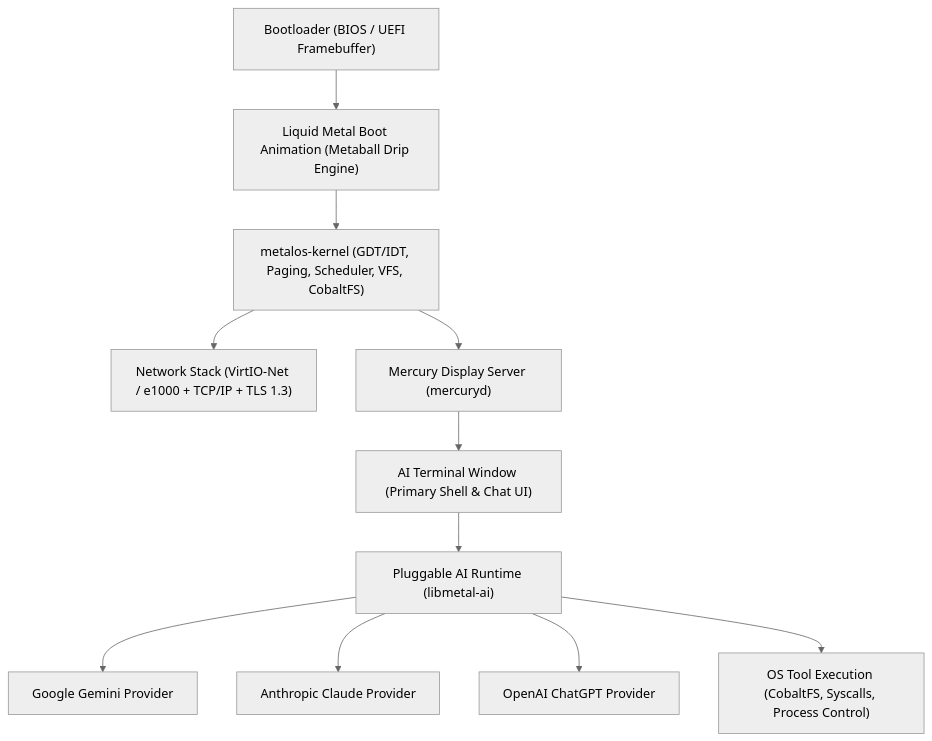
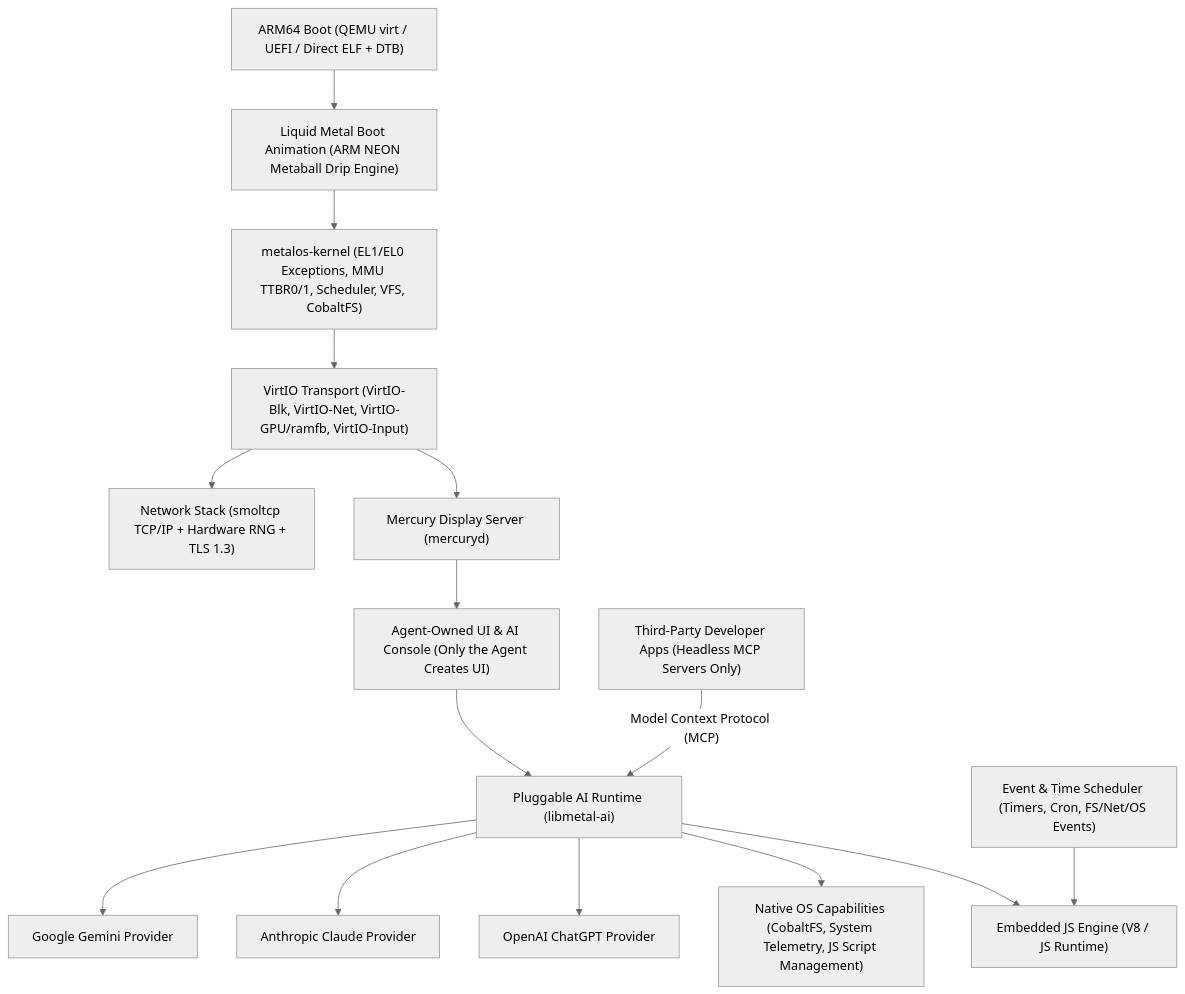
The diagram in ROADMAP.md (lucasdupin/alloyOS), drawn with Mermaid (neutral theme) before and after one commit. The commit also changed other lines of this file and 32 other files, not shown here.

````diff
--- a/ROADMAP.md
+++ b/ROADMAP.md
@@ -9,13 +9,17 @@
 ```mermaid
 flowchart TD
-    Boot["Bootloader (BIOS / UEFI Framebuffer)"] --> Splash["Liquid Metal Boot Animation (Metaball Drip Engine)"]
-    Splash --> Kernel["metalos-kernel (GDT/IDT, Paging, Scheduler, VFS, CobaltFS)"]
-    Kernel --> Net["Network Stack (VirtIO-Net / e1000 + TCP/IP + TLS 1.3)"]
-    Kernel --> Mercury["Mercury Display Server (mercuryd)"]
-    Mercury --> AIConsole["AI Terminal Window (Primary Shell & Chat UI)"]
+    Boot["ARM64 Boot (QEMU virt / UEFI / Direct ELF + DTB)"] --> Splash["Liquid Metal Boot Animation (ARM NEON Metaball Drip Engine)"]
+    Splash --> Kernel["metalos-kernel (EL1/EL0 Exceptions, MMU TTBR0/1, Scheduler, VFS, CobaltFS)"]
+    Kernel --> VirtIO["VirtIO Transport (VirtIO-Blk, VirtIO-Net, VirtIO-GPU/ramfb, VirtIO-Input)"]
+    VirtIO --> Net["Network Stack (smoltcp TCP/IP + Hardware RNG + TLS 1.3)"]
+    VirtIO --> Mercury["Mercury Display Server (mercuryd)"]
+    Mercury --> AIConsole["Agent-Owned UI & AI Console (Only the Agent Creates UI)"]
     AIConsole --> AIRuntime["Pluggable AI Runtime (libmetal-ai)"]
     AIRuntime --> Gemini["Google Gemini Provider"]
     AIRuntime --> Claude["Anthropic Claude Provider"]
     AIRuntime --> ChatGPT["OpenAI ChatGPT Provider"]
-    AIRuntime --> Tools["OS Tool Execution (CobaltFS, Syscalls, Process Control)"]
+    AIRuntime --> Tools["Native OS Capabilities (CobaltFS, System Telemetry, JS Script Management)"]
+    AIRuntime --> JSRuntime["Embedded JS Engine (V8 / JS Runtime)"]
+    Scheduler["Event & Time Scheduler (Timers, Cron, FS/Net/OS Events)"] --> JSRuntime
+    MCPApps["Third-Party Developer Apps (Headless MCP Servers Only)"] -->|"Model Context Protocol (MCP)"| AIRuntime
 ```
````
